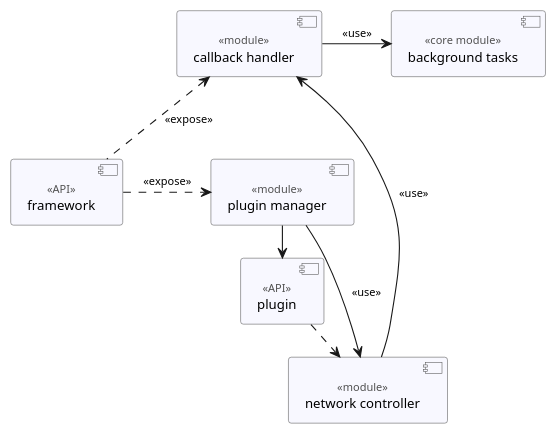
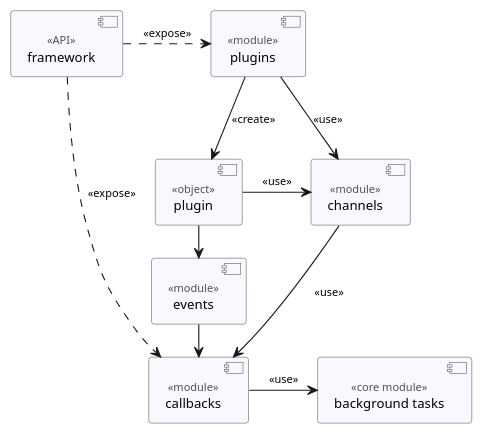
One commit to erik-riklund/wow changed the diagram in Cogspinner/structure.puml. Above: the diagram before and after it, drawn with PlantUML. The commit also changed 11 other files, not shown here.

```diff
--- a/Cogspinner/structure.puml
+++ b/Cogspinner/structure.puml
@@ -1,41 +1,46 @@
 @startuml Cogspinner
 
 skinparam ClassFontSize 12pt
 skinparam ClassFontName Consolas
 skinparam ComponentBackgroundColor GhostWhite
 skinparam ComponentBorderColor #565656
 skinparam ComponentFontStyle normal
 skinparam ComponentFontSize 12pt
 skinparam ComponentFontName Consolas
 skinparam ComponentStereotypeFontName Consolas
 skinparam ComponentStereotypeFontSize 10pt
 skinparam ComponentStereotypeFontColor #515151
 skinparam InterfaceBackgroundColor Orange
 skinparam NoteFontName Franklin Gothic Medium
 skinparam NoteFontSize 12pt
 skinparam NoteFontColor black
 skinparam NoteBackgroundColor #FEFFDD
 skinparam NoteBorderColor #96968D
 skinparam ArrowFontName Consolas
 skinparam ArrowFontSize 10pt
 
 component "framework" as Framework <<API>>
-component "plugin manager" as PluginManager <<module>>
-component "plugin" as Plugin <<API>>
+component "plugins" as PluginManager <<module>>
+component "plugin" as Plugin <<object>>
 
 Framework .> PluginManager : <<expose>>
 PluginManager -> Plugin : <<create>>
 
-component "network controller" as Network <<module>>
+component "channels" as Network <<module>>
 
-PluginManager -down-> Network : <<use>>
-Plugin .> Network : <<expose>>
+PluginManager --> Network : <<use>>
+Plugin -> Network : <<use>>
 
-component "callback handler" as CallbackHandler <<module>>
+component "callbacks" as CallbackHandler <<module>>
 component "background tasks" as BackgroundTaskHandler <<core module>>
 
-Framework .up.> CallbackHandler : <<expose>>
-Network -> CallbackHandler : <<use>>
+Framework ..> CallbackHandler : <<expose>>
+Network --> CallbackHandler : <<use>>
 CallbackHandler -> BackgroundTaskHandler : <<use>>
 
+component "events" as EventHandler <<module>>
+
+Plugin -> EventHandler : <<use>>
+EventHandler -> CallbackHandler : <<use>>
+
 @enduml
```
